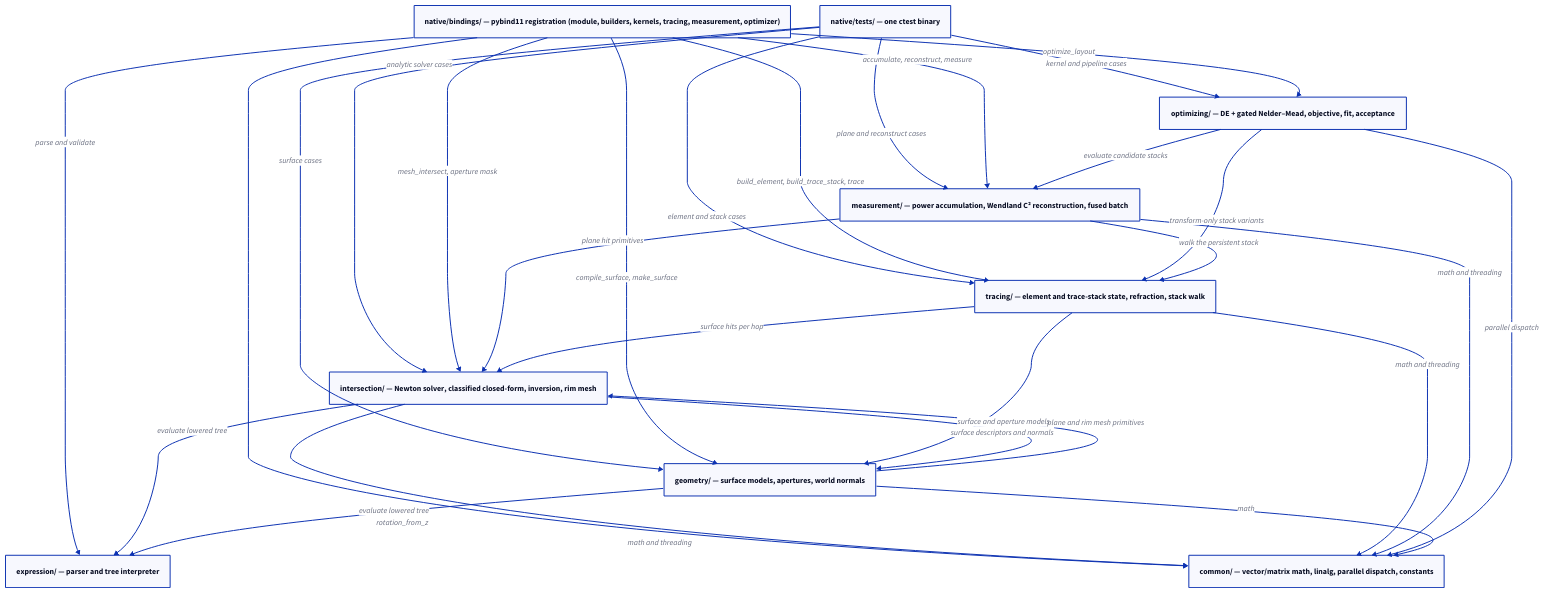
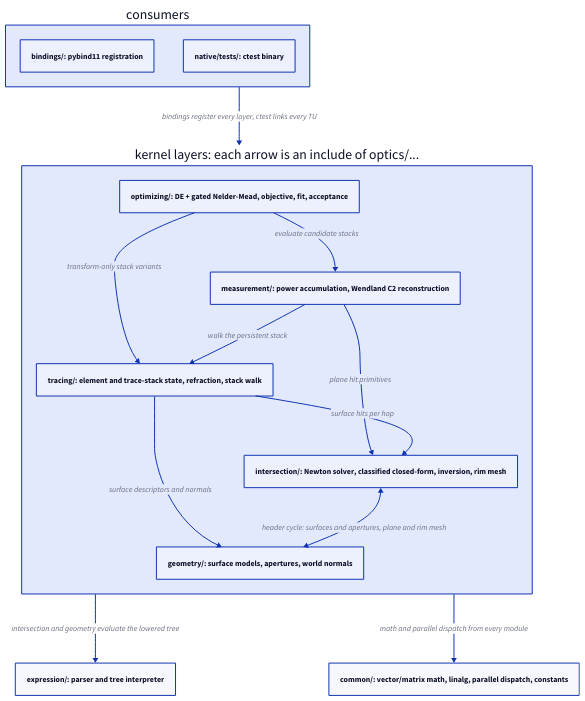
Before and after one commit to propane865/OpticsSimulator: the diagram in docs/diagrams/native-modules.d2, drawn with D2. The commit also changed 26 other files, not shown here.

```diff
--- a/docs/diagrams/native-modules.d2
+++ b/docs/diagrams/native-modules.d2
@@ -1,38 +1,30 @@
-bindings: "native/bindings/ — pybind11 registration (module, builders, kernels, tracing, measurement, optimizer)"
-ntests: "native/tests/ — one ctest binary"
+direction: down
 
-optimizing: "optimizing/ — DE + gated Nelder–Mead, objective, fit, acceptance"
-measurement: "measurement/ — power accumulation, Wendland C² reconstruction, fused batch"
-tracing: "tracing/ — element and trace-stack state, refraction, stack walk"
-intersection: "intersection/ — Newton solver, classified closed-form, inversion, rim mesh"
-geometry: "geometry/ — surface models, apertures, world normals"
-expression: "expression/ — parser and tree interpreter"
-common: "common/ — vector/matrix math, linalg, parallel dispatch, constants"
+consumers: "consumers" {
+  direction: right
+  bindings: "bindings/: pybind11 registration"
+  ntests: "native/tests/: ctest binary"
+}
 
-ntests -> optimizing: kernel and pipeline cases
-ntests -> measurement: plane and reconstruct cases
-ntests -> tracing: element and stack cases
-ntests -> intersection: analytic solver cases
-ntests -> geometry: surface cases
-bindings -> optimizing: optimize_layout
-bindings -> measurement: accumulate, reconstruct, measure
-bindings -> tracing: build_element, build_trace_stack, trace
-bindings -> intersection: mesh_intersect, aperture mask
-bindings -> geometry: compile_surface, make_surface
-bindings -> expression: parse and validate
-bindings -> common: rotation_from_z
-optimizing -> measurement: evaluate candidate stacks
-optimizing -> tracing: transform-only stack variants
-measurement -> tracing: walk the persistent stack
-measurement -> intersection: plane hit primitives
-tracing -> intersection: surface hits per hop
-tracing -> geometry: surface descriptors and normals
-intersection -> geometry: surface and aperture models
-intersection -> expression: evaluate lowered tree
-geometry -> expression: evaluate lowered tree
-geometry -> intersection: plane and rim mesh primitives
-intersection -> common: math and threading
-tracing -> common: math and threading
-measurement -> common: math and threading
-optimizing -> common: parallel dispatch
-geometry -> common: math
+kernels: "kernel layers: each arrow is an include of optics/..." {
+  optimizing: "optimizing/: DE + gated Nelder-Mead, objective, fit, acceptance"
+  measurement: "measurement/: power accumulation, Wendland C2 reconstruction"
+  tracing: "tracing/: element and trace-stack state, refraction, stack walk"
+  intersection: "intersection/: Newton solver, classified closed-form, inversion, rim mesh"
+  geometry: "geometry/: surface models, apertures, world normals"
+
+  optimizing -> measurement: evaluate candidate stacks
+  optimizing -> tracing: transform-only stack variants
+  measurement -> tracing: walk the persistent stack
+  measurement -> intersection: plane hit primitives
+  tracing -> intersection: surface hits per hop
+  tracing -> geometry: surface descriptors and normals
+  intersection <-> geometry: "header cycle: surfaces and apertures, plane and rim mesh"
+}
+
+expression: "expression/: parser and tree interpreter"
+common: "common/: vector/matrix math, linalg, parallel dispatch, constants"
+
+consumers -> kernels: "bindings register every layer, ctest links every TU"
+kernels -> expression: intersection and geometry evaluate the lowered tree
+kernels -> common: math and parallel dispatch from every module
```
